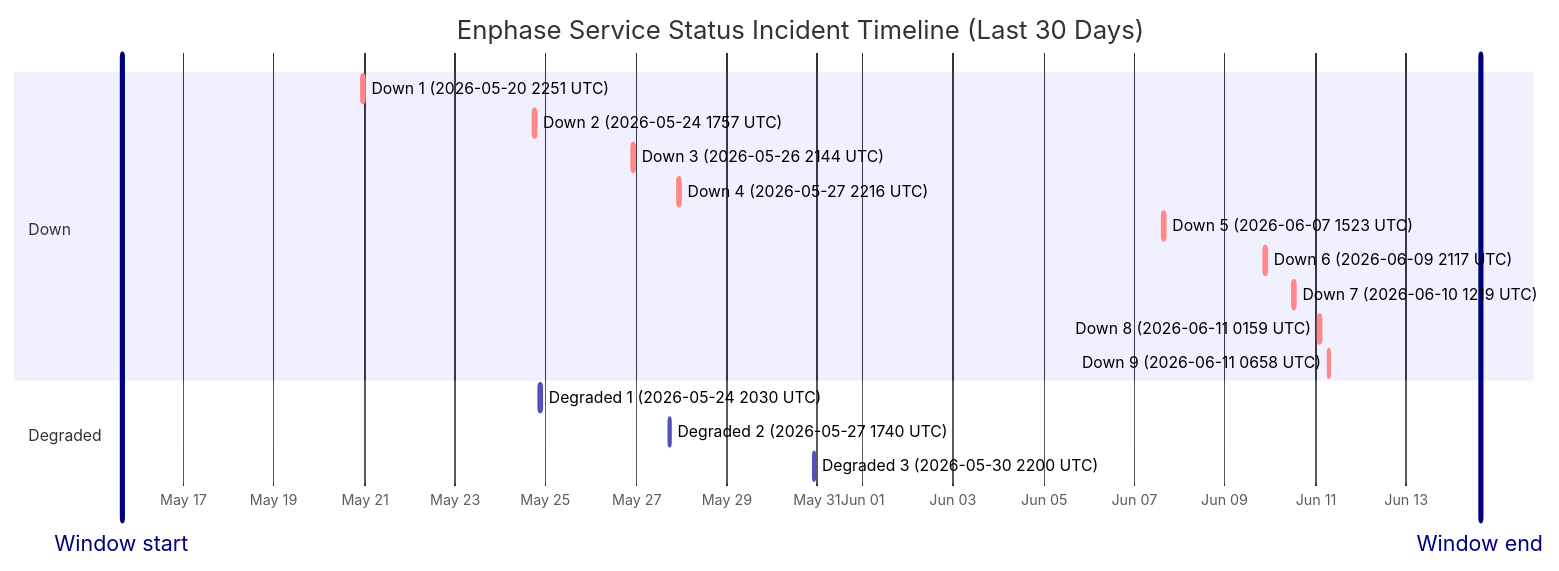
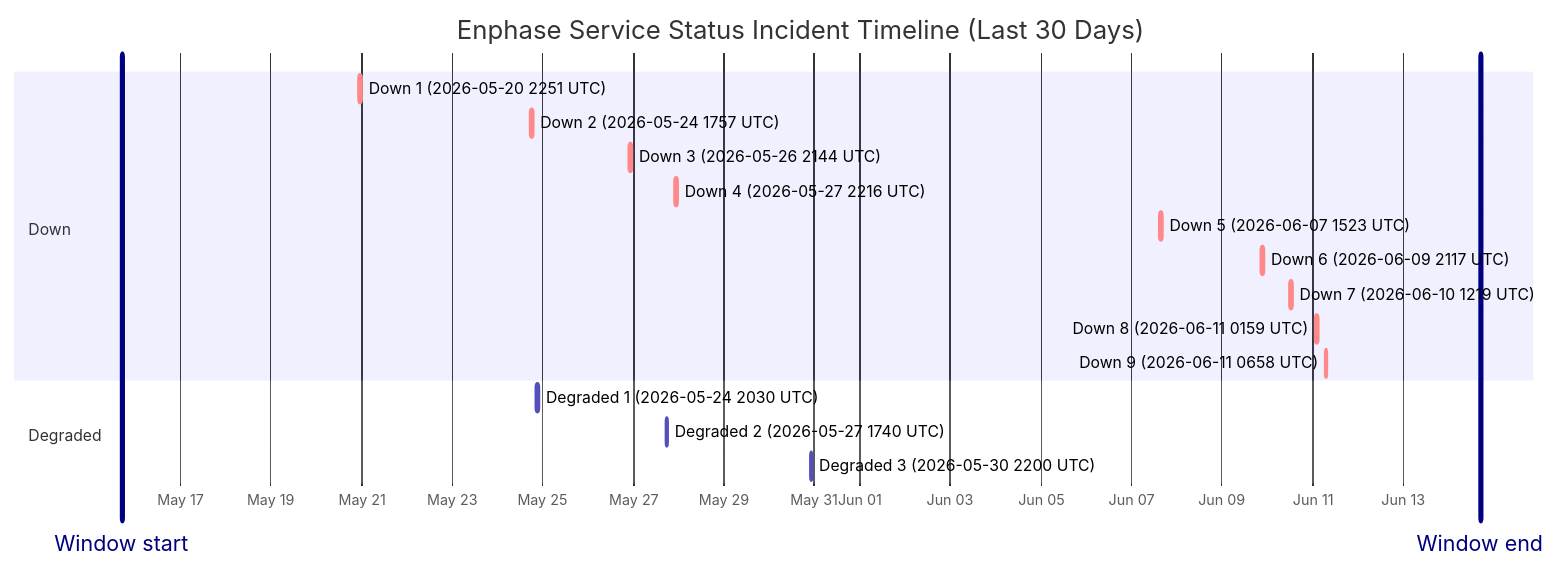
Before and after one commit to barneyonline/ha-enphase-energy: the diagram in wiki/Service-Status-History.md, drawn with Mermaid. The commit also changed other lines of this file and 3 other files, not shown here.

````diff
--- a/wiki/Service-Status-History.md
+++ b/wiki/Service-Status-History.md
@@ -14,22 +14,22 @@
 ```mermaid
 gantt
     title Enphase Service Status Incident Timeline (Last 30 Days)
     dateFormat  YYYY-MM-DDTHH:mm:ss
     axisFormat  %b %d
-    Window start :vert, window-start, 2026-05-15T15:24:23, 0ms
-    Window end :vert, window-end, 2026-06-14T15:24:23, 0ms
+    Window start :vert, window-start, 2026-05-15T16:55:12, 0ms
+    Window end :vert, window-end, 2026-06-14T16:55:12, 0ms
     section Down
     Down 1 (2026-05-20 2251 UTC) :crit, down-1, 2026-05-20T22:51:14, 75m
     Down 2 (2026-05-24 1757 UTC) :crit, down-2, 2026-05-24T17:57:41, 86m
     Down 3 (2026-05-26 2144 UTC) :crit, down-3, 2026-05-26T21:44:11, 85m
     Down 4 (2026-05-27 2216 UTC) :crit, down-4, 2026-05-27T22:16:53, 87m
     Down 5 (2026-06-07 1523 UTC) :crit, down-5, 2026-06-07T15:23:22, 87m
     Down 6 (2026-06-09 2117 UTC) :crit, down-6, 2026-06-09T21:17:17, 60m
     Down 7 (2026-06-10 1219 UTC) :crit, down-7, 2026-06-10T12:19:21, 60m
     Down 8 (2026-06-11 0159 UTC) :crit, down-8, 2026-06-11T01:59:36, 60m
     Down 9 (2026-06-11 0658 UTC) :crit, down-9, 2026-06-11T06:58:45, 60m
     section Degraded
     Degraded 1 (2026-05-24 2030 UTC) :active, degraded-1, 2026-05-24T20:30:57, 84m
     Degraded 2 (2026-05-27 1740 UTC) :active, degraded-2, 2026-05-27T17:40:52, 60m
     Degraded 3 (2026-05-30 2200 UTC) :active, degraded-3, 2026-05-30T22:00:37, 60m
 ```
````
